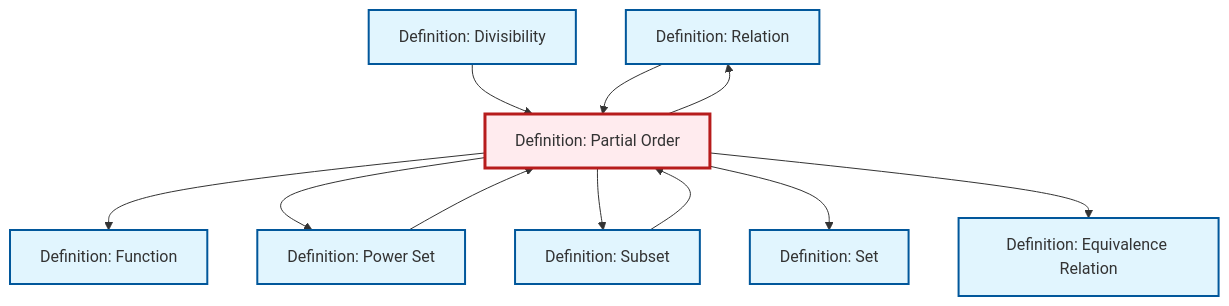
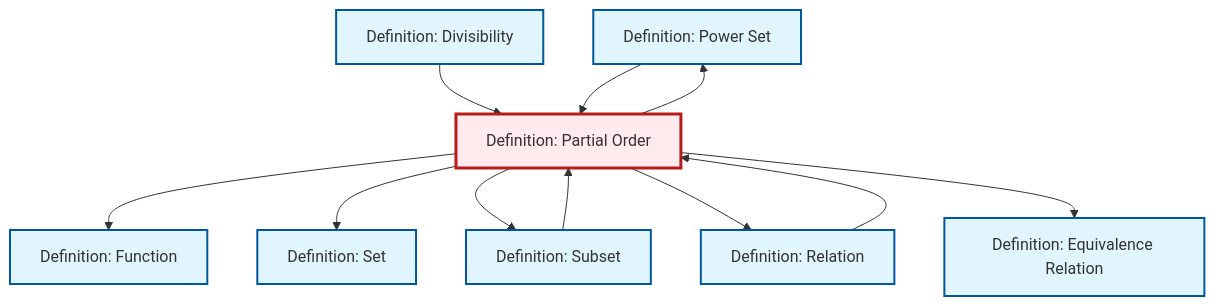
Before and after one commit to RK0429/ModernMath: the diagram in content/en/logic-set-theory/def-partial-order.qmd, drawn with Mermaid. The commit also changed other lines of this file and 634 other files, not shown here.

````diff
--- a/content/en/logic-set-theory/def-partial-order.qmd
+++ b/content/en/logic-set-theory/def-partial-order.qmd
@@ -156,35 +156,35 @@
 ```{mermaid}
 %%| fig-cap: "Local dependency graph"
 graph TD
     classDef definition fill:#e1f5fe,stroke:#01579b,stroke-width:2px
     classDef theorem fill:#f3e5f5,stroke:#4a148c,stroke-width:2px
     classDef axiom fill:#fff3e0,stroke:#e65100,stroke-width:2px
     classDef example fill:#e8f5e9,stroke:#1b5e20,stroke-width:2px
     classDef current fill:#ffebee,stroke:#b71c1c,stroke-width:3px
-    def-relation["Definition: Relation"]:::definition
-    def-divisibility["Definition: Divisibility"]:::definition
-    def-set["Definition: Set"]:::definition
+    def-power-set["Definition: Power Set"]:::definition
     def-partial-order["Definition: Partial Order"]:::definition
-    def-power-set["Definition: Power Set"]:::definition
     def-equivalence-relation["Definition: Equivalence Relation"]:::definition
     def-subset["Definition: Subset"]:::definition
+    def-divisibility["Definition: Divisibility"]:::definition
     def-function["Definition: Function"]:::definition
+    def-relation["Definition: Relation"]:::definition
+    def-set["Definition: Set"]:::definition
     def-partial-order --> def-function
-    def-partial-order --> def-power-set
+    def-partial-order --> def-set
+    def-subset --> def-partial-order
     def-divisibility --> def-partial-order
-    def-partial-order --> def-relation
-    def-power-set --> def-partial-order
     def-relation --> def-partial-order
     def-partial-order --> def-subset
-    def-subset --> def-partial-order
-    def-partial-order --> def-set
+    def-partial-order --> def-relation
     def-partial-order --> def-equivalence-relation
+    def-power-set --> def-partial-order
+    def-partial-order --> def-power-set
     class def-partial-order current
-    click def-relation "def-relation.html" "Go to Relation definition"
-    click def-divisibility "def-divisibility.html" "Go to Divisibility definition"
-    click def-set "def-set.html" "Go to Set definition"
     click def-power-set "def-power-set.html" "Go to Power Set definition"
     click def-equivalence-relation "def-equivalence-relation.html" "Go to Equivalence Relation definition"
     click def-subset "def-subset.html" "Go to Subset definition"
+    click def-divisibility "def-divisibility.html" "Go to Divisibility definition"
     click def-function "def-function.html" "Go to Function definition"
+    click def-relation "def-relation.html" "Go to Relation definition"
+    click def-set "def-set.html" "Go to Set definition"
 ```
````
